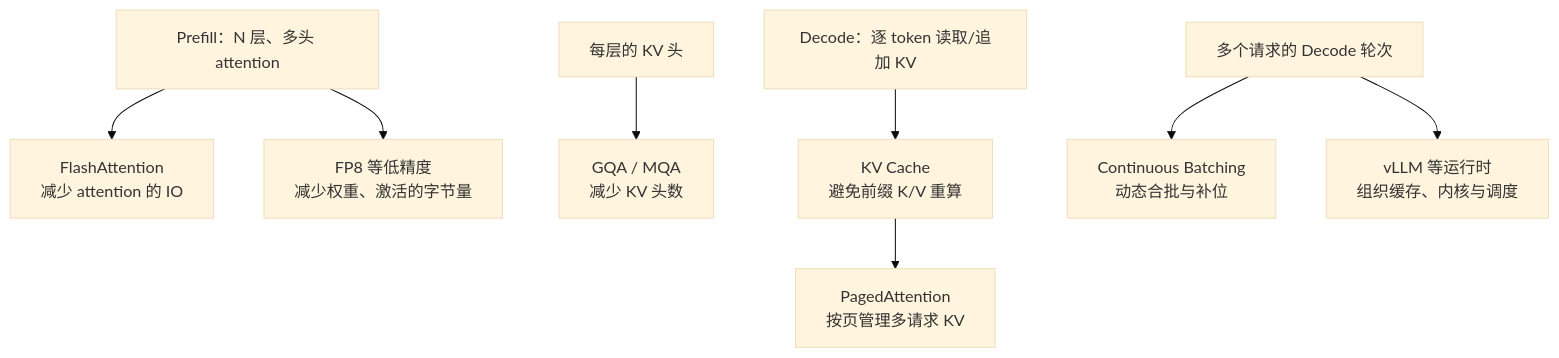
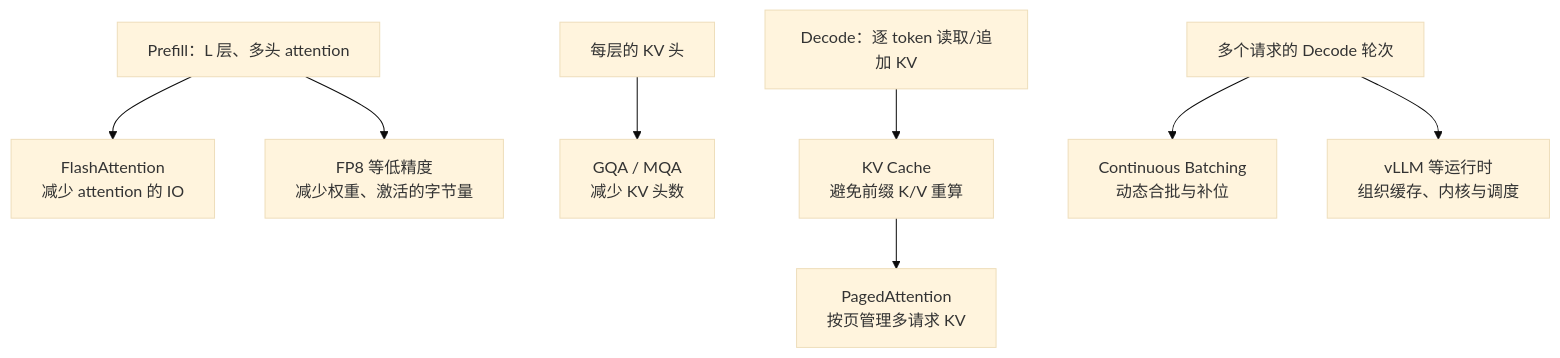
One commit to yeasy/llm_internals changed the sixth of 7 diagrams in 03_components/3.8_gpt_inference_flow.md. Above: the diagram before and after it, drawn with Mermaid (base theme). The commit also changed other lines of this file, not shown here.

````diff
--- a/03_components/3.8_gpt_inference_flow.md
+++ b/03_components/3.8_gpt_inference_flow.md
@@ -302,10 +343,10 @@
 ```mermaid
 flowchart TB
-    prefill["Prefill：N 层、多头 attention"] --> flash["FlashAttention<br/>减少 attention 的 IO"]
+    prefill["Prefill：L 层、多头 attention"] --> flash["FlashAttention<br/>减少 attention 的 IO"]
     prefill --> fp8["FP8 等低精度<br/>减少权重、激活的字节量"]
     heads["每层的 KV 头"] --> gqa["GQA / MQA<br/>减少 KV 头数"]
     decode["Decode：逐 token 读取/追加 KV"] --> cache["KV Cache<br/>避免前缀 K/V 重算"]
     cache --> paged["PagedAttention<br/>按页管理多请求 KV"]
     service["多个请求的 Decode 轮次"] --> batch["Continuous Batching<br/>动态合批与补位"]
     service --> runtime["vLLM 等运行时<br/>组织缓存、内核与调度"]
 ```
````
